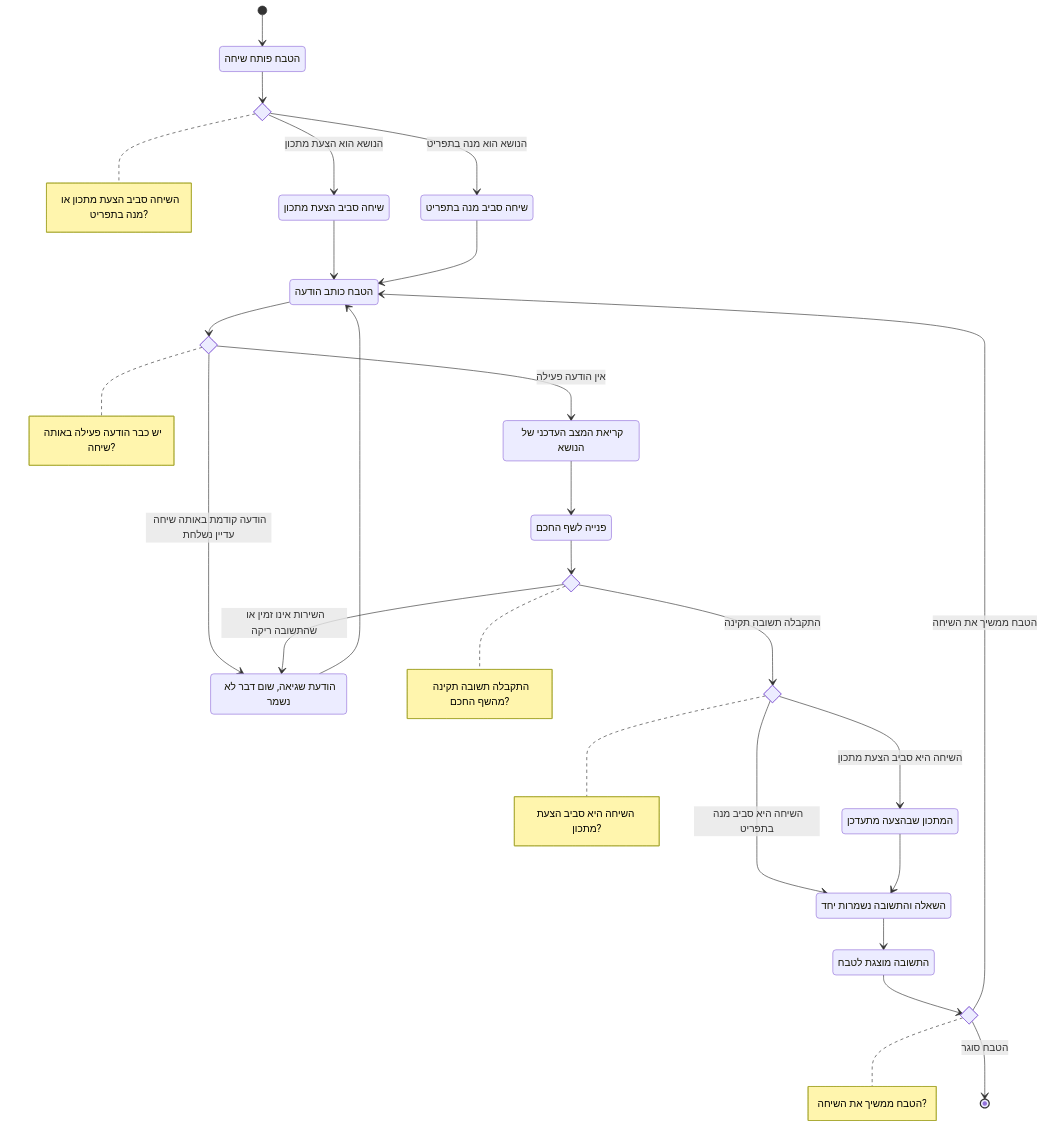
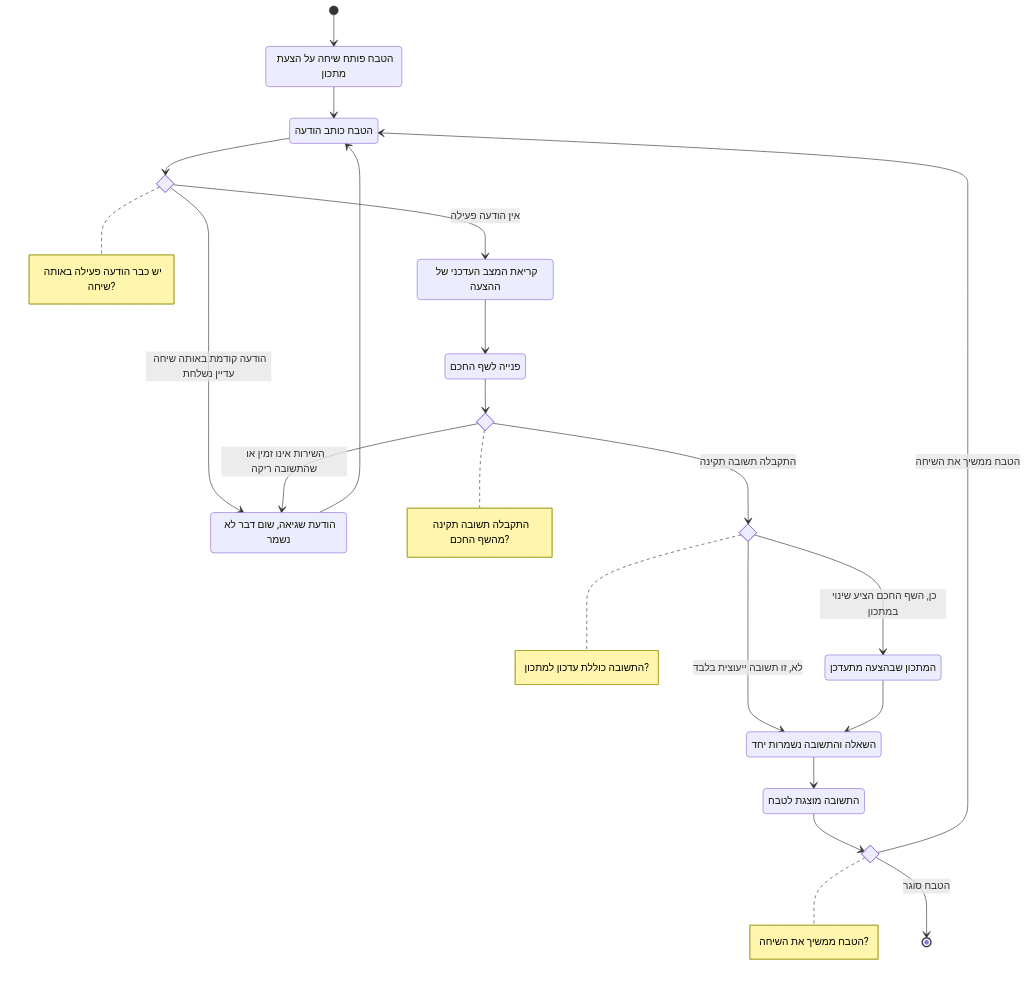
One commit to RonZaretsky/Restaurant-Kitchen-Management-System changed the diagram in מסמכים/הגשה/diagrams/activity-ai-chat.md. Above: the diagram before and after it, drawn with Mermaid. The commit also changed other lines of this file and 5 other files, not shown here.

````diff
--- a/מסמכים/הגשה/diagrams/activity-ai-chat.md
+++ b/מסמכים/הגשה/diagrams/activity-ai-chat.md
@@ -3,49 +3,41 @@
 ```mermaid
 stateDiagram-v2
     direction TB
 
-    state "הטבח פותח שיחה" as open
-    state "שיחה סביב הצעת מתכון" as s_sug
-    state "שיחה סביב מנה בתפריט" as s_dish
+    state "הטבח פותח שיחה על הצעת מתכון" as open
     state "הטבח כותב הודעה" as write
-    state "קריאת המצב העדכני של הנושא" as context
+    state "קריאת המצב העדכני של ההצעה" as context
     state "פנייה לשף החכם" as call
     state "הודעת שגיאה, שום דבר לא נשמר" as failed
     state "המתכון שבהצעה מתעדכן" as update
     state "השאלה והתשובה נשמרות יחד" as saved
     state "התשובה מוצגת לטבח" as shown
 
-    state target <<choice>>
     state busy <<choice>>
     state ok <<choice>>
-    state kind <<choice>>
+    state has_update <<choice>>
     state again <<choice>>
 
-    note right of target : השיחה סביב הצעת מתכון או מנה בתפריט?
     note right of busy : יש כבר הודעה פעילה באותה שיחה?
     note right of ok : התקבלה תשובה תקינה מהשף החכם?
-    note right of kind : השיחה היא סביב הצעת מתכון?
+    note right of has_update : התשובה כוללת עדכון למתכון?
     note right of again : הטבח ממשיך את השיחה?
 
     [*] --> open
-    open --> target
-    target --> s_sug : הנושא הוא הצעת מתכון
-    target --> s_dish : הנושא הוא מנה בתפריט
-    s_sug --> write
-    s_dish --> write
+    open --> write
     write --> busy
     busy --> failed : הודעה קודמת באותה שיחה עדיין נשלחת
     busy --> context : אין הודעה פעילה
     context --> call
     call --> ok
     ok --> failed : השירות אינו זמין או שהתשובה ריקה
-    ok --> kind : התקבלה תשובה תקינה
-    kind --> update : השיחה היא סביב הצעת מתכון
-    kind --> saved : השיחה היא סביב מנה בתפריט
+    ok --> has_update : התקבלה תשובה תקינה
+    has_update --> update : כן, השף החכם הציע שינוי במתכון
+    has_update --> saved : לא, זו תשובה ייעוצית בלבד
     update --> saved
     saved --> shown
     shown --> again
     again --> write : הטבח ממשיך את השיחה
     again --> [*] : הטבח סוגר
     failed --> write
 ```
````
